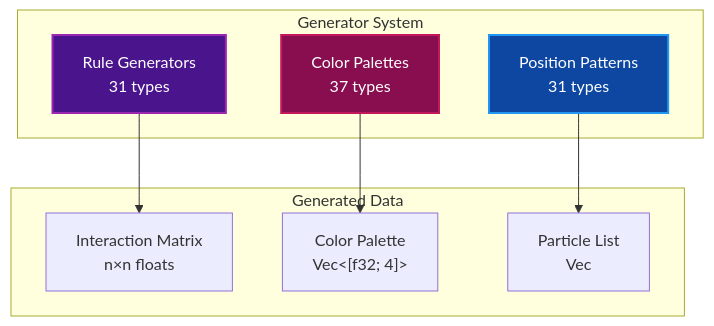
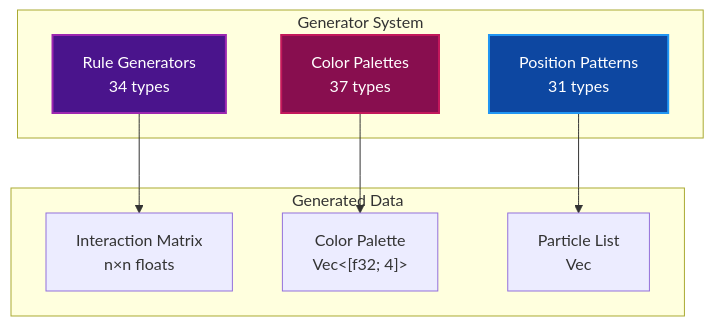
The first of 2 diagrams in docs/GENERATORS.md (paulrobello/par-particle-life), drawn with Mermaid before and after one commit. The commit also changed other lines of this file and 44 other files, not shown here.

````diff
--- a/docs/GENERATORS.md
+++ b/docs/GENERATORS.md
@@ -17,22 +17,22 @@
 ```mermaid
 graph TB
     subgraph Generators["Generator System"]
-        Rules[Rule Generators<br/>31 types]
+        Rules[Rule Generators<br/>34 types]
         Colors[Color Palettes<br/>37 types]
         Positions[Position Patterns<br/>31 types]
     end
 
     subgraph Output["Generated Data"]
         Matrix[Interaction Matrix<br/>n×n floats]
         Palette["Color Palette<br/>Vec<[f32; 4]>"]
         Particles["Particle List<br/>Vec<Particle>"]
     end
 
     Rules --> Matrix
     Colors --> Palette
     Positions --> Particles
 
     style Rules fill:#4a148c,stroke:#9c27b0,stroke-width:2px,color:#ffffff
     style Colors fill:#880e4f,stroke:#c2185b,stroke-width:2px,color:#ffffff
     style Positions fill:#0d47a1,stroke:#2196f3,stroke-width:2px,color:#ffffff
 ```
````
